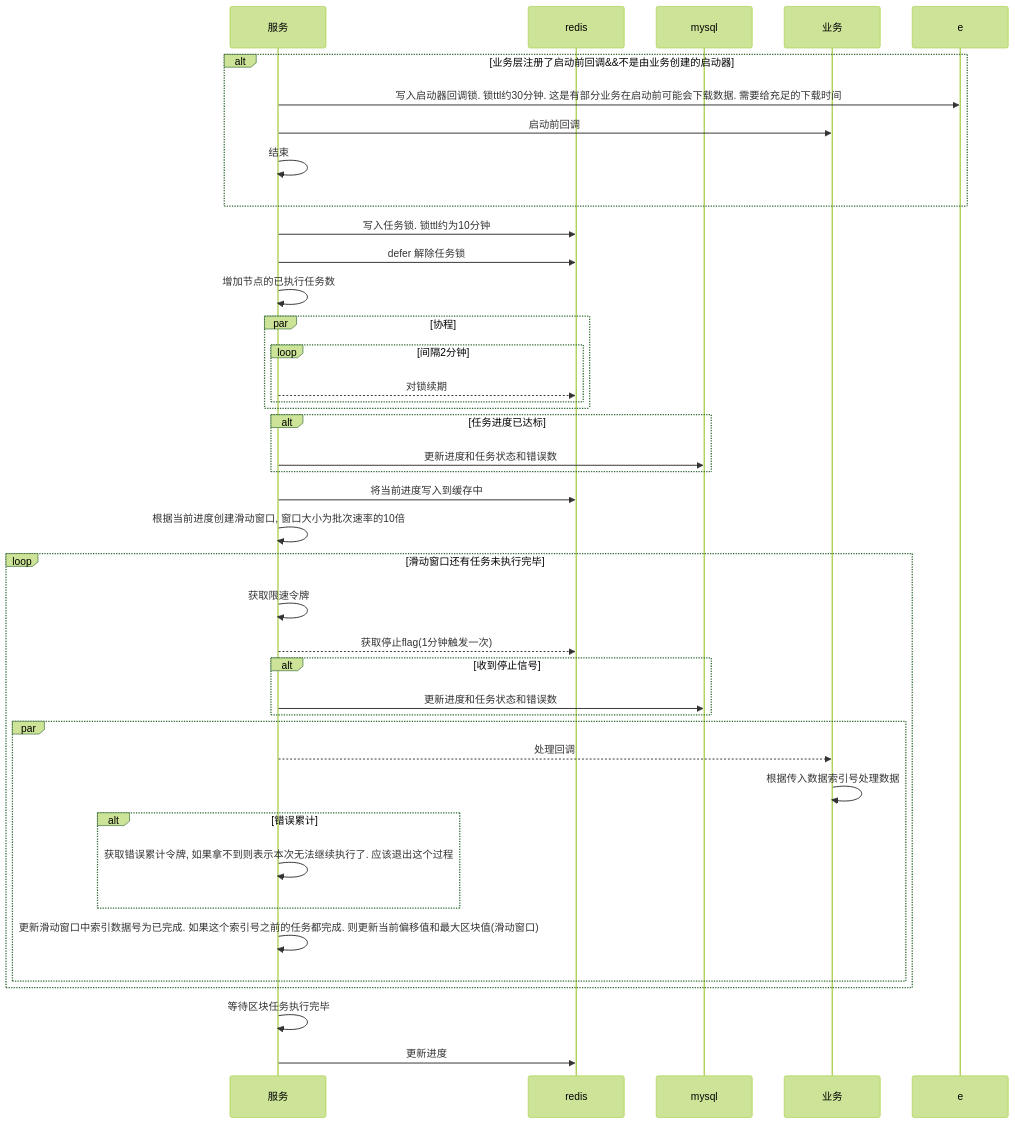
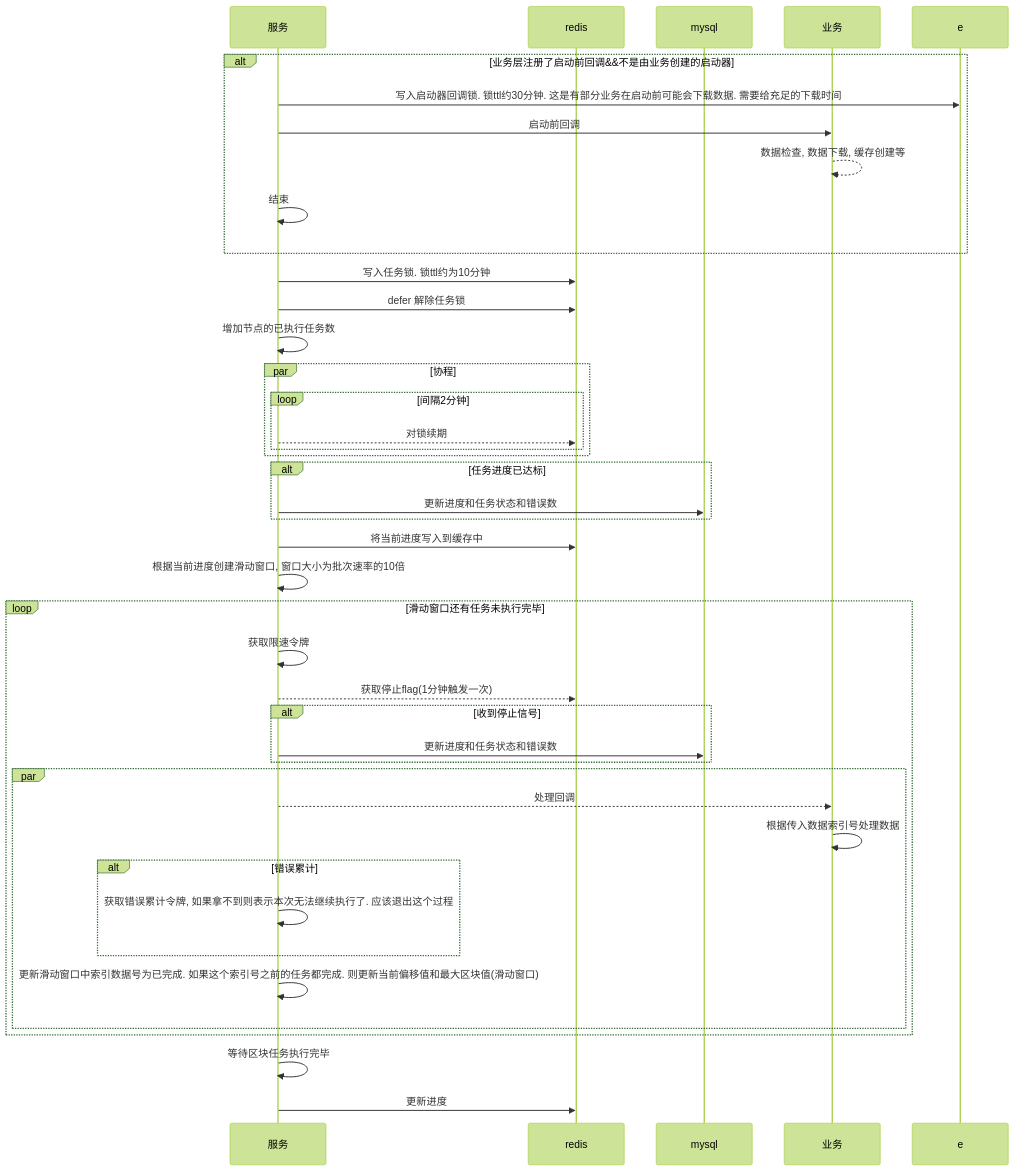
The third of 5 diagrams in readme.md (zlyuancn/batch_job), drawn with Mermaid (forest theme) before and after one commit. The commit also changed other lines of this file, not shown here.

````diff
--- a/readme.md
+++ b/readme.md
@@ -71,51 +68,52 @@
 ```mermaid
 sequenceDiagram
 participant b as 服务
 participant c as redis
 participant d as mysql
 participant f as 业务
 
 alt 业务层注册了启动前回调&&不是由业务创建的启动器
   b ->> e: 写入启动器回调锁. 锁ttl约30分钟. 这是有部分业务在启动前可能会下载数据. 需要给充足的下载时间
   b ->> f: 启动前回调
+  f -->> f: 数据检查, 数据下载, 缓存创建等
   b ->> b: 结束
 end
 
 b ->> c: 写入任务锁. 锁ttl约为10分钟
 b ->> c: defer 解除任务锁
 
 b ->> b: 增加节点的已执行任务数
 par 协程
   loop 间隔2分钟
    b -->> c: 对锁续期
   end
 end
 
 alt 任务进度已达标
   b ->> d: 更新进度和任务状态和错误数
 end
 
 b ->> c: 将当前进度写入到缓存中
 
 b ->> b: 根据当前进度创建滑动窗口, 窗口大小为批次速率的10倍
 
 loop 滑动窗口还有任务未执行完毕
   b ->> b: 获取限速令牌
   
   b -->> c: 获取停止flag(1分钟触发一次)
   alt 收到停止信号
     b ->> d: 更新进度和任务状态和错误数
   end
   
   par
     b -->> f: 处理回调
     f ->> f: 根据传入数据索引号处理数据
     alt 错误累计
       b ->> b: 获取错误累计令牌, 如果拿不到则表示本次无法继续执行了. 应该退出这个过程
     end
     b ->> b: 更新滑动窗口中索引数据号为已完成. 如果这个索引号之前的任务都完成. 则更新当前偏移值和最大区块值(滑动窗口)
   end
 end
 b ->> b: 等待区块任务执行完毕
 b ->> c: 更新进度
 ```
````
